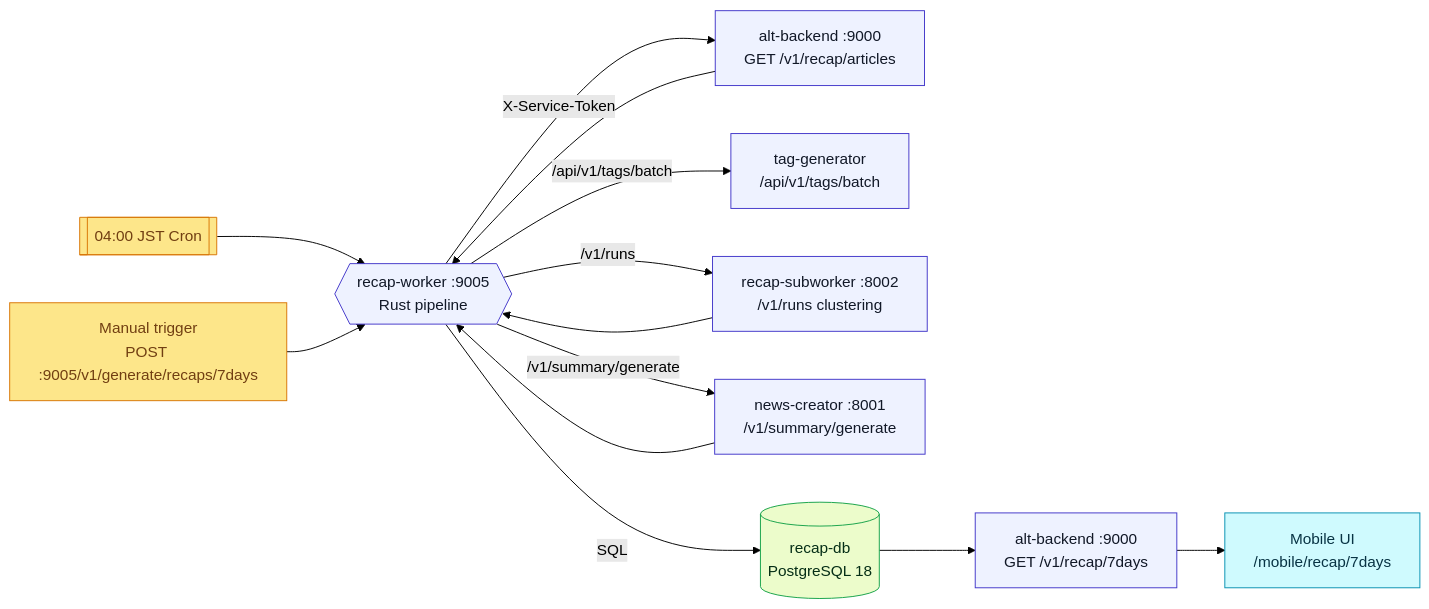
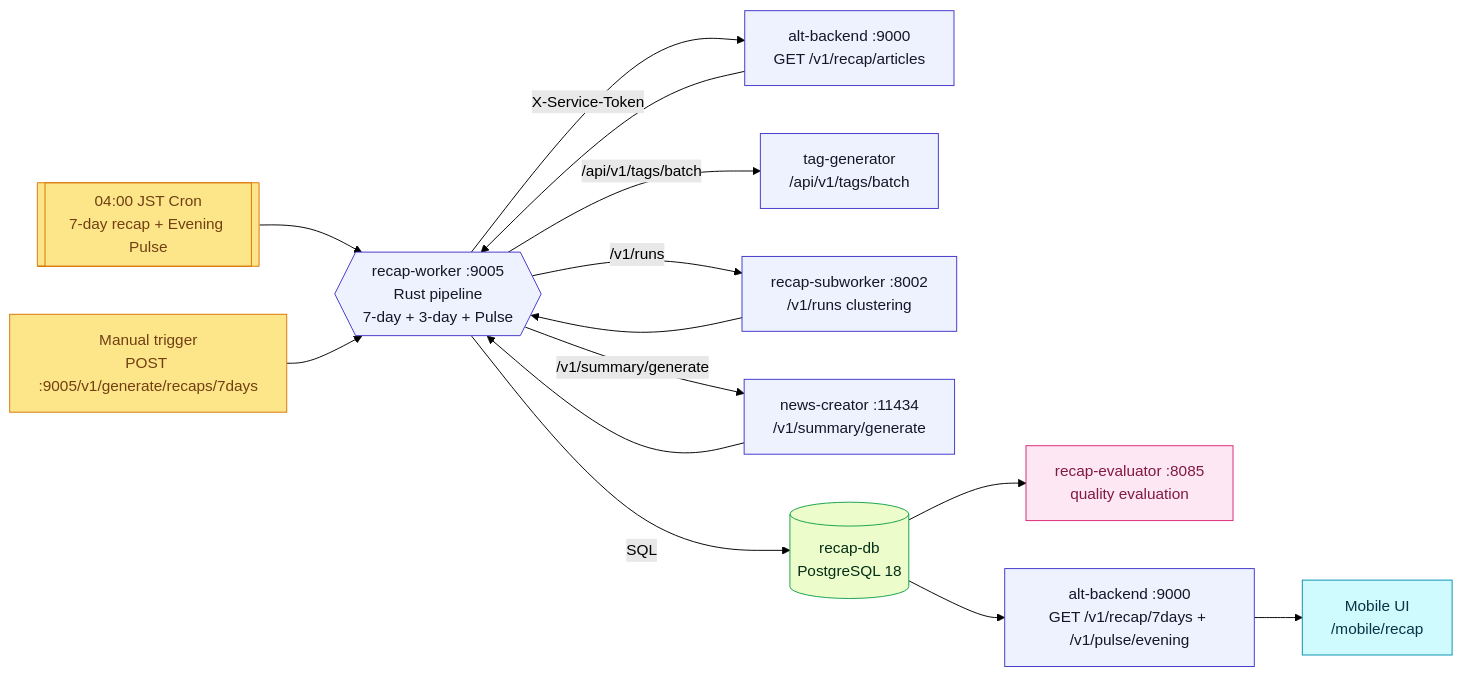
Before and after one commit to Kaikei-e/Alt: diagram 11 of 12 in README.md, drawn with Mermaid (forest theme). The commit also changed other lines of this file, not shown here.

First line of the commit message:
docs(architecture): update README with new service components and flow adjustments

````diff
--- a/README.md
+++ b/README.md
@@ -790,31 +850,34 @@
 ```mermaid
 flowchart LR
     classDef svc fill:#eef2ff,stroke:#4338ca,color:#111827
     classDef data fill:#ecfccb,stroke:#16a34a,color:#052e16
     classDef ui fill:#cffafe,stroke:#0891b2,color:#083344
     classDef ctrl fill:#fde68a,stroke:#d97706,color:#713f12
+    classDef eval fill:#fce7f3,stroke:#db2777,color:#831843
 
-    Scheduler[[04:00 JST Cron]]:::ctrl
+    Scheduler[[04:00 JST Cron<br/>7-day recap + Evening Pulse]]:::ctrl
     Admin[Manual trigger<br/>POST :9005/v1/generate/recaps/7days]:::ctrl
-    Worker{{recap-worker :9005<br/>Rust pipeline}}:::svc
+    Worker{{recap-worker :9005<br/>Rust pipeline<br/>7-day + 3-day + Pulse}}:::svc
     AltAPI["alt-backend :9000<br/>GET /v1/recap/articles"]:::svc
     TagGen["tag-generator<br/>/api/v1/tags/batch"]:::svc
     Subworker["recap-subworker :8002<br/>/v1/runs clustering"]:::svc
-    News["news-creator :8001<br/>/v1/summary/generate"]:::svc
+    News["news-creator :11434<br/>/v1/summary/generate"]:::svc
     RecapDB[(recap-db<br/>PostgreSQL 18)]:::data
-    BackendAPI["alt-backend :9000<br/>GET /v1/recap/7days"]:::svc
-    Mobile["Mobile UI<br/>/mobile/recap/7days"]:::ui
+    REval["recap-evaluator :8085<br/>quality evaluation"]:::eval
+    BackendAPI["alt-backend :9000<br/>GET /v1/recap/7days + /v1/pulse/evening"]:::svc
+    Mobile["Mobile UI<br/>/mobile/recap"]:::ui
 
     Scheduler --> Worker
     Admin --> Worker
     Worker -->|X-Service-Token| AltAPI
     AltAPI --> Worker
     Worker -->|/api/v1/tags/batch| TagGen
     Worker -->|/v1/runs| Subworker
     Subworker --> Worker
     Worker -->|/v1/summary/generate| News
     News --> Worker
     Worker -->|SQL| RecapDB
+    RecapDB --> REval
     RecapDB --> BackendAPI
     BackendAPI --> Mobile
 ```
````
